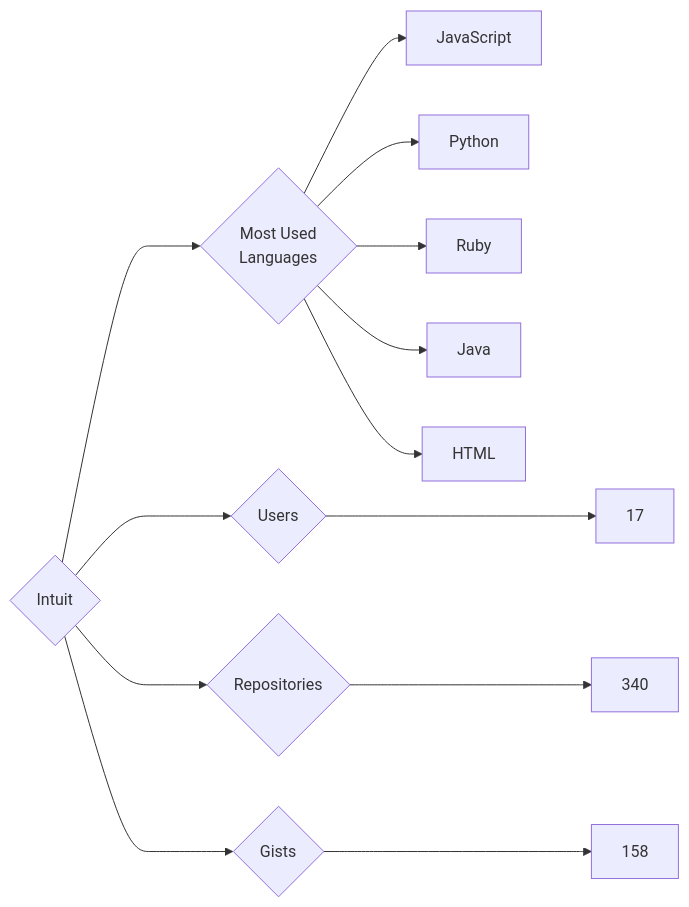
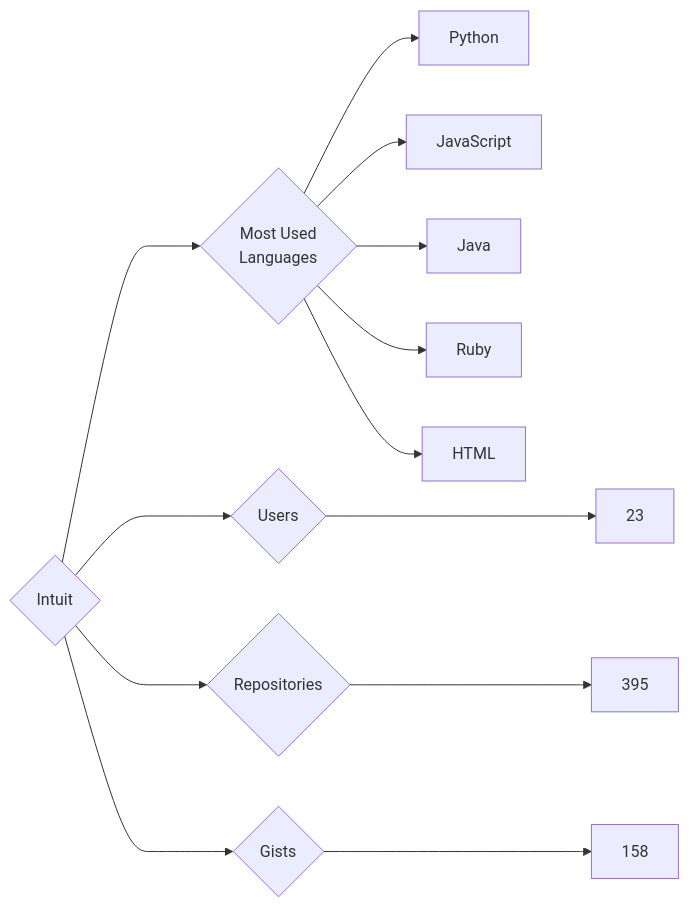
One commit to trickest/insiders changed the diagram in targets/Intuit/README.md. Above: the diagram before and after it, drawn with Mermaid. The commit also changed 1314 other files, not shown here.

````diff
--- a/targets/Intuit/README.md
+++ b/targets/Intuit/README.md
@@ -3,13 +3,13 @@
 ```mermaid
 graph LR
 COMPANY_NAME{Intuit}
-COMPANY_NAME ---> U{Users} ---> UN[17]
-COMPANY_NAME ---> R{Repositories} ---> RN[340]
+COMPANY_NAME ---> U{Users} ---> UN[23]
+COMPANY_NAME ---> R{Repositories} ---> RN[395]
 COMPANY_NAME ---> G{Gists} ---> GN[158]
 COMPANY_NAME ---> ML{Most Used<br>Languages}
+ML --> Python[Python]
 ML --> JavaScript[JavaScript]
-ML --> Python[Python]
+ML --> Java[Java]
 ML --> Ruby[Ruby]
-ML --> Java[Java]
 ML --> HTML[HTML]
 ```
````
